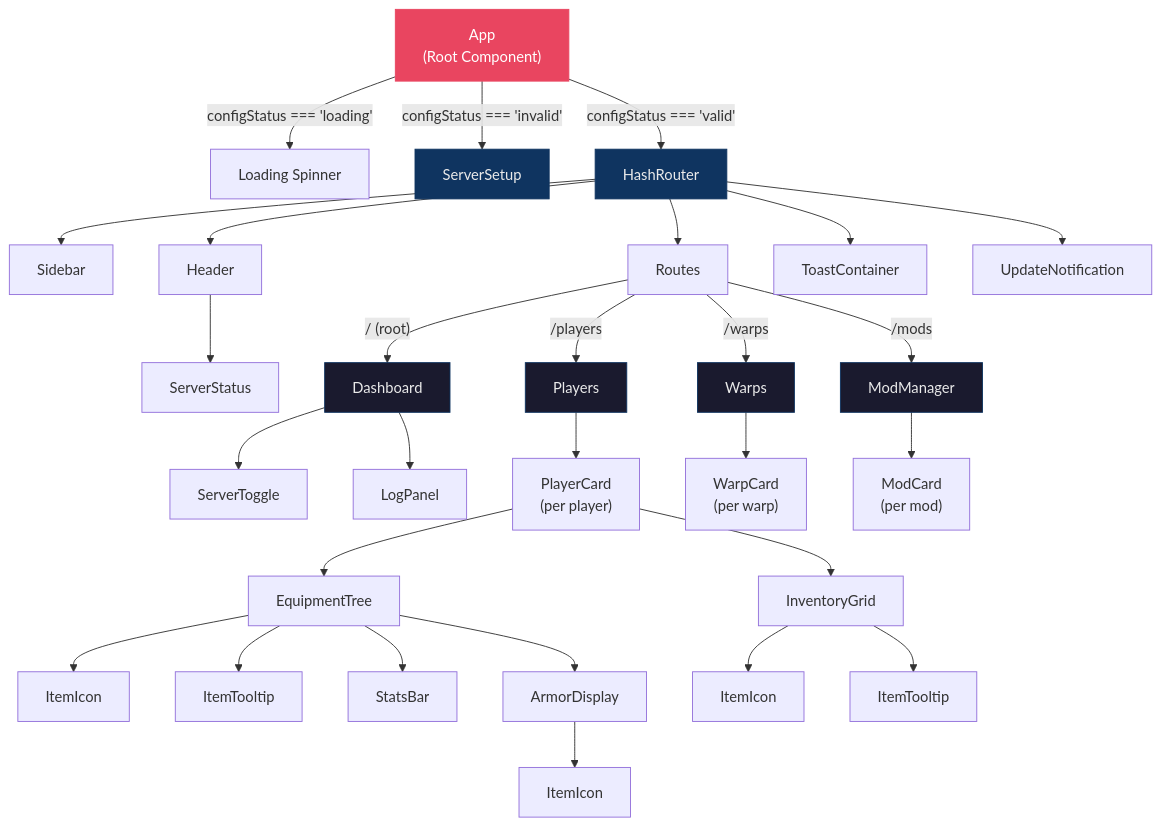
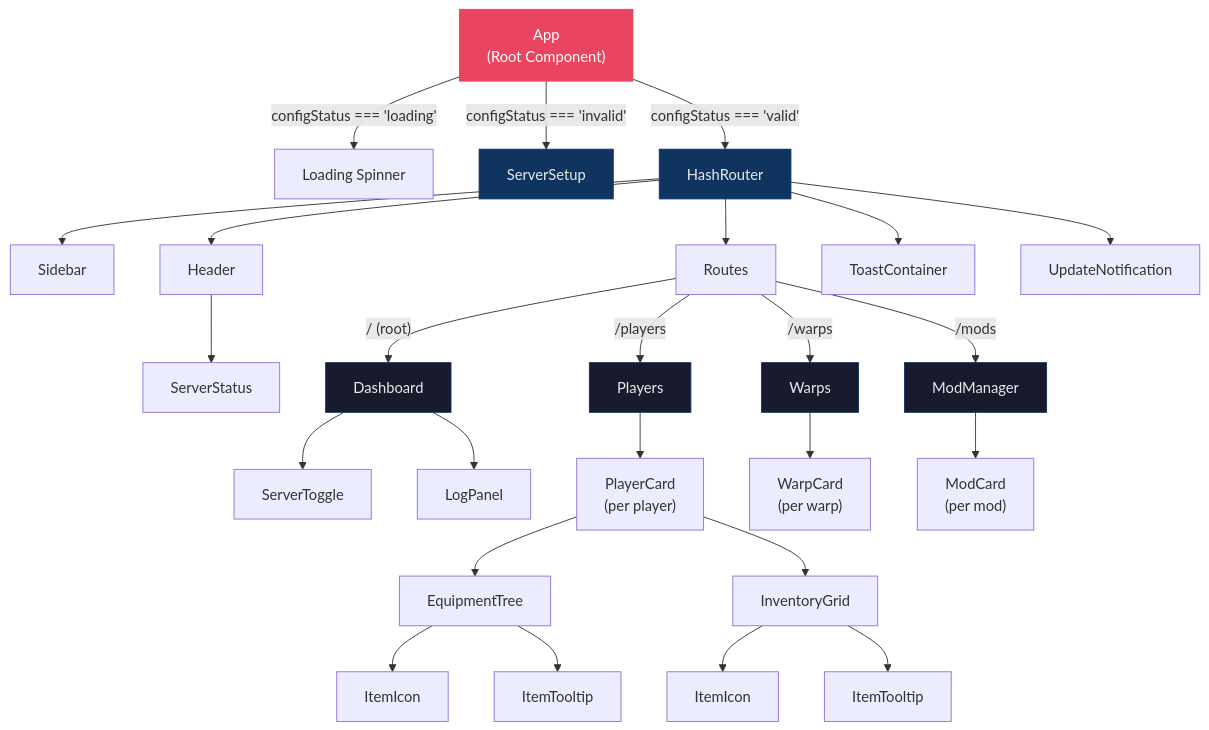
Before and after one commit to lukadfagundes/hytale-server-manager: the diagram in docs/architecture/component-hierarchy.md, drawn with Mermaid. The commit also changed other lines of this file and 10 other files, not shown here.

````diff
--- a/docs/architecture/component-hierarchy.md
+++ b/docs/architecture/component-hierarchy.md
@@ -11,50 +11,46 @@
 ```mermaid
 graph TD
     APP["App<br/>(Root Component)"]
 
     APP -- "configStatus === 'loading'" --> SPINNER["Loading Spinner"]
     APP -- "configStatus === 'invalid'" --> SETUP["ServerSetup"]
     APP -- "configStatus === 'valid'" --> ROUTER["HashRouter"]
 
     ROUTER --> SIDEBAR["Sidebar"]
     ROUTER --> HEADER["Header"]
     ROUTER --> ROUTES["Routes"]
     ROUTER --> TOAST["ToastContainer"]
     ROUTER --> UPDATE["UpdateNotification"]
 
     HEADER --> SSBADGE["ServerStatus"]
 
     ROUTES -- "/ (root)" --> DASH["Dashboard"]
     ROUTES -- "/players" --> PLAYERS["Players"]
     ROUTES -- "/warps" --> WARPS["Warps"]
     ROUTES -- "/mods" --> MODMGR["ModManager"]
 
     DASH --> TOGGLE["ServerToggle"]
     DASH --> LOG["LogPanel"]
 
     PLAYERS --> PCARD["PlayerCard<br/>(per player)"]
     PCARD --> EQUIP["EquipmentTree"]
     PCARD --> INVGRID["InventoryGrid"]
 
     EQUIP --> EQUIP_ICON["ItemIcon"]
     EQUIP --> EQUIP_TIP["ItemTooltip"]
-    EQUIP --> STATSBAR["StatsBar"]
-    EQUIP --> ARMOR["ArmorDisplay"]
-
-    ARMOR --> ARMOR_ICON["ItemIcon"]
 
     INVGRID --> INV_ICON["ItemIcon"]
     INVGRID --> INV_TIP["ItemTooltip"]
 
     WARPS --> WCARD["WarpCard<br/>(per warp)"]
 
     MODMGR --> MCARD["ModCard<br/>(per mod)"]
 
     style APP fill:#e94560,stroke:#e94560,color:#fff
     style SETUP fill:#0f3460,stroke:#0f3460,color:#eaeaea
     style ROUTER fill:#0f3460,stroke:#0f3460,color:#eaeaea
     style DASH fill:#1a1a2e,stroke:#0f3460,color:#eaeaea
     style PLAYERS fill:#1a1a2e,stroke:#0f3460,color:#eaeaea
     style WARPS fill:#1a1a2e,stroke:#0f3460,color:#eaeaea
     style MODMGR fill:#1a1a2e,stroke:#0f3460,color:#eaeaea
 ```
````
